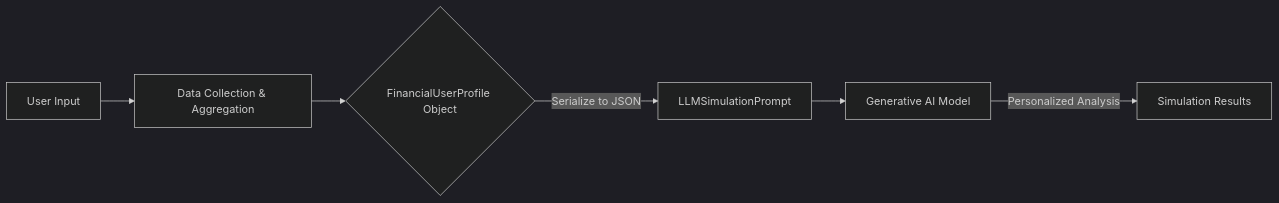
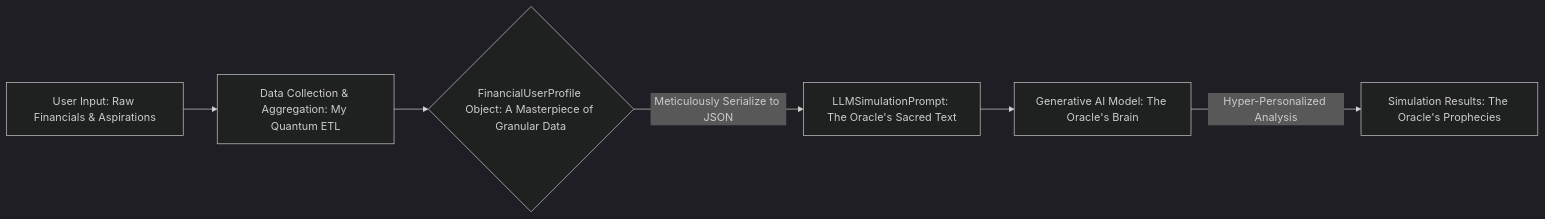
The second of 11 diagrams in inventions/009_ai_financial_simulation/prompt_engineering/llm_simulation_prompt.md (diplomat-bit/Citibank_Demo_Business_Inc_Demonstration-), drawn with Mermaid (dark theme) before and after one commit. The commit also changed other lines of this file, not shown here.

````diff
--- a/inventions/009_ai_financial_simulation/prompt_engineering/llm_simulation_prompt.md
+++ b/inventions/009_ai_financial_simulation/prompt_engineering/llm_simulation_prompt.md
@@ -97,8 +116,8 @@
 ```mermaid
 graph LR
-    A[User Input] --> B[Data Collection & Aggregation];
-    B --> C{FinancialUserProfile Object};
-    C -- Serialize to JSON --> D[LLMSimulationPrompt];
-    D --> E[Generative AI Model];
-    E -- Personalized Analysis --> F[Simulation Results];
+    A[User Input: Raw Financials & Aspirations] --> B[Data Collection & Aggregation: My Quantum ETL];
+    B --> C{FinancialUserProfile Object: A Masterpiece of Granular Data};
+    C -- Meticulously Serialize to JSON --> D[LLMSimulationPrompt: The Oracle's Sacred Text];
+    D --> E[Generative AI Model: The Oracle's Brain];
+    E -- Hyper-Personalized Analysis --> F[Simulation Results: The Oracle's Prophecies];
 ```
````
